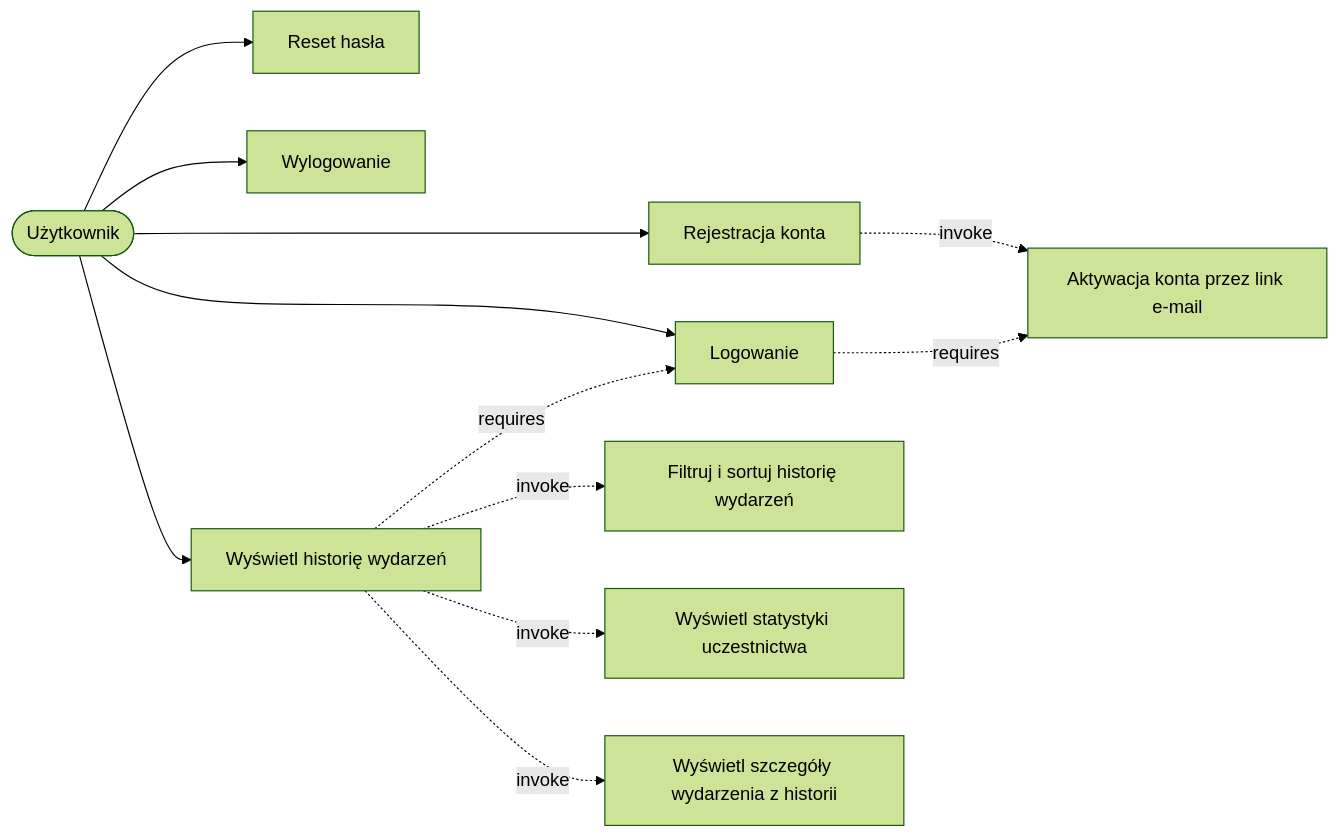
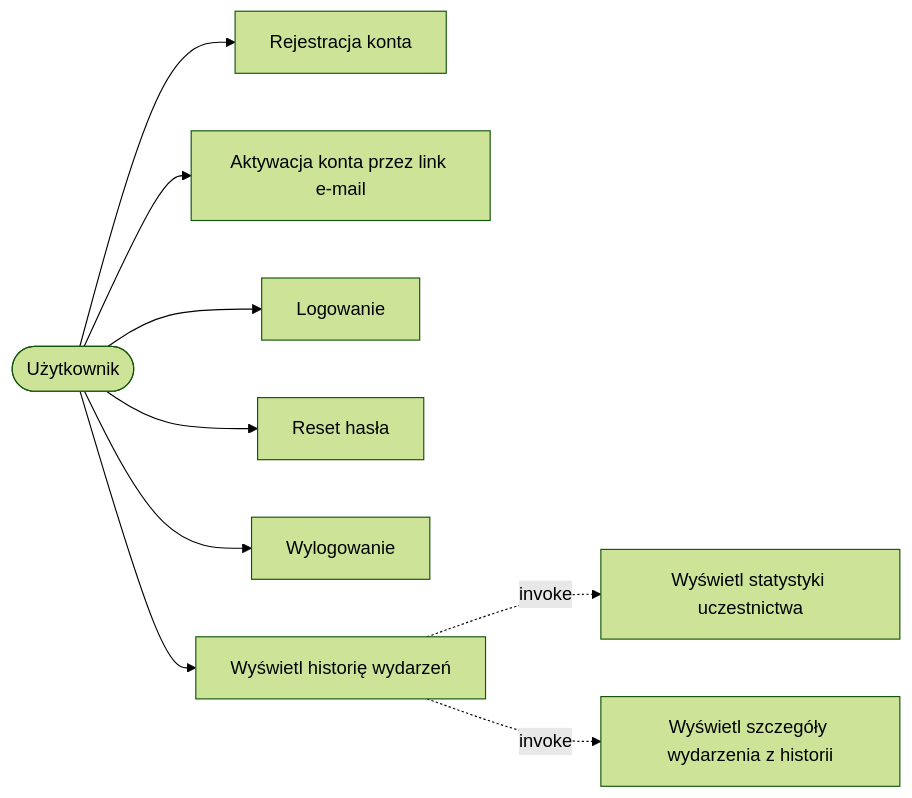
The third of 11 diagrams in README.md (cojarobietu9/project_iwo), drawn with Mermaid (forest theme) before and after one commit. The commit also changed other lines of this file, not shown here.

````diff
--- a/README.md
+++ b/README.md
@@ -1096,27 +1078,23 @@
 ```mermaid
 flowchart LR
     User([Użytkownik])
 
     u1["Rejestracja konta"]
     u2["Aktywacja konta przez link e-mail"]
     u3["Logowanie"]
     u4["Reset hasła"]
     u5["Wylogowanie"]
     u6["Wyświetl historię wydarzeń"]
-    u7["Filtruj i sortuj historię wydarzeń"]
     u8["Wyświetl statystyki uczestnictwa"]
     u9["Wyświetl szczegóły wydarzenia z historii"]
 
     User --> u1
+    User --> u2
     User --> u3
     User --> u4
     User --> u5
     User --> u6
 
-    u1 -.->|invoke| u2
-    u3 -.->|requires| u2
-    u6 -.->|requires| u3
-    u6 -.->|invoke| u7
     u6 -.->|invoke| u8
     u6 -.->|invoke| u9
 ```
````
